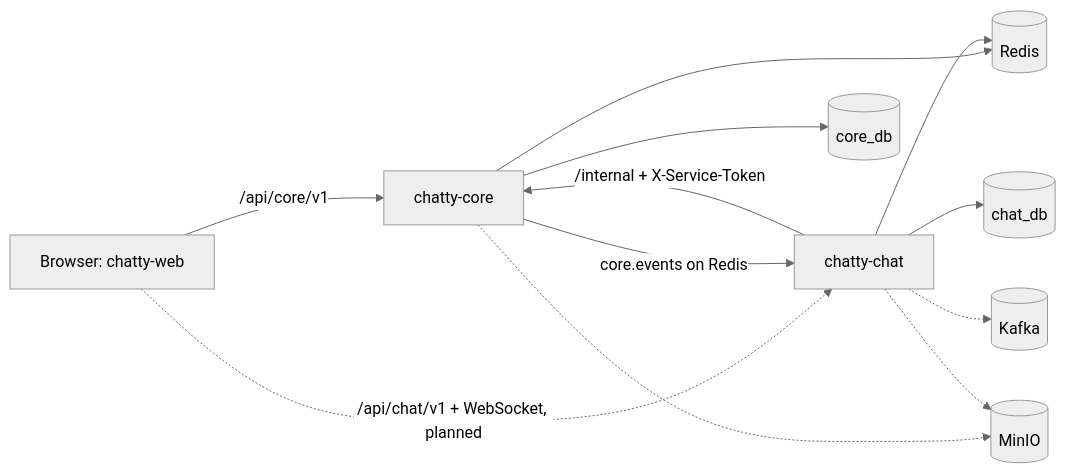
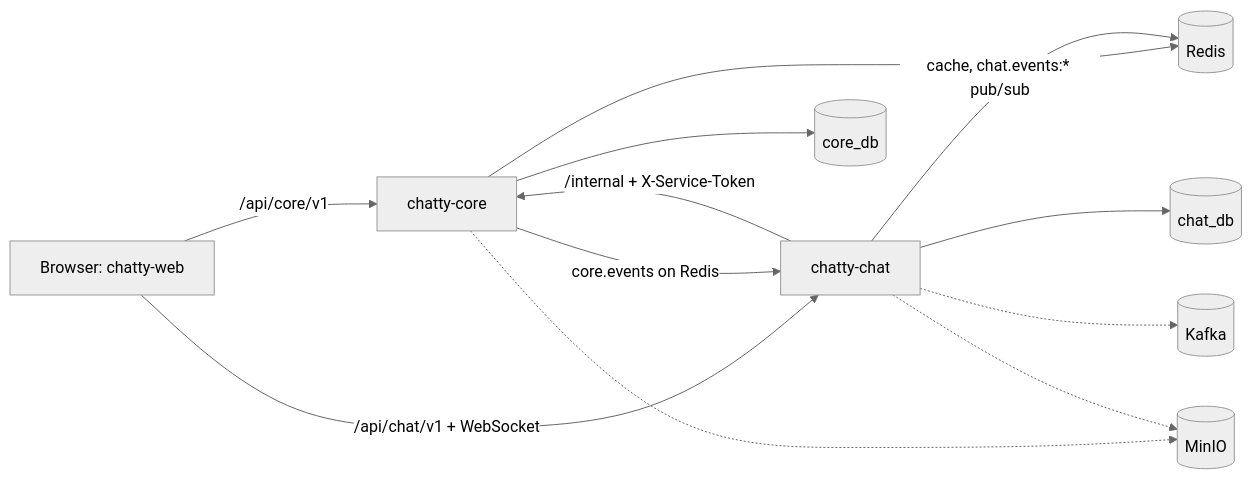
One commit to Chatty4/chatty-docs changed the diagram in architecture/overview.md. Above: the diagram before and after it, drawn with Mermaid (neutral theme). The commit also changed other lines of this file, not shown here.

Commit message:
CHAT-267: mark messages, sync and live WebSocket updates as working in the overview

````diff
--- a/architecture/overview.md
+++ b/architecture/overview.md
@@ -19,14 +19,14 @@
 ```mermaid
 flowchart LR
     B[Browser: chatty-web] -->|/api/core/v1| C[chatty-core]
-    B -.->|/api/chat/v1 + WebSocket, planned| H[chatty-chat]
+    B -->|/api/chat/v1 + WebSocket| H[chatty-chat]
     H -->|/internal + X-Service-Token| C
     C -->|core.events on Redis| H
     C --> CDB[(core_db)]
     C --> R[(Redis)]
     H --> HDB[(chat_db)]
-    H --> R
+    H -->|cache, chat.events:* pub/sub| R
     H -.-> K[(Kafka)]
     C -.-> M[(MinIO)]
     H -.-> M
 ```
````
